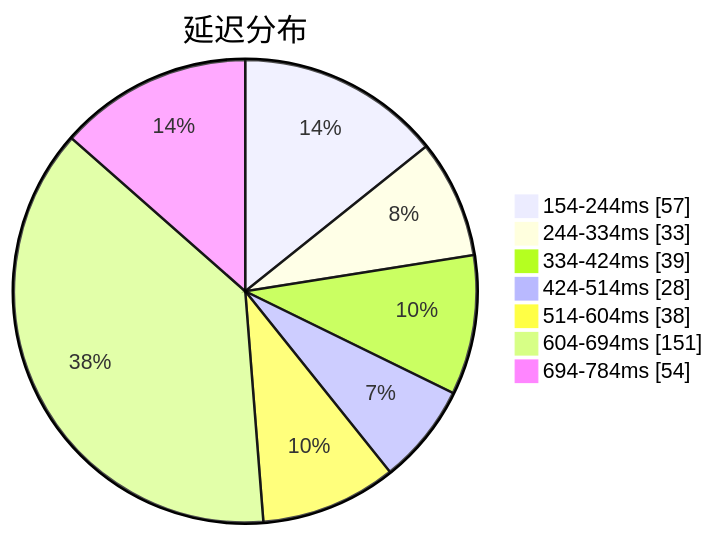
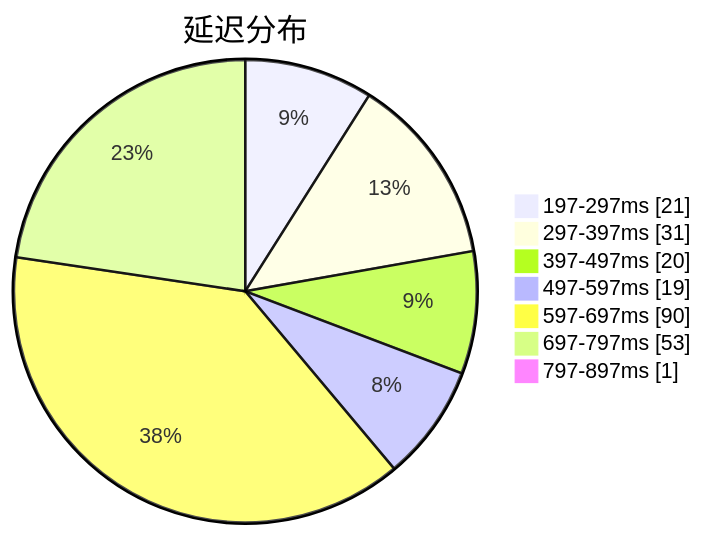
Before and after one commit to qjlxg/airport: the first of 3 diagrams in subs/statistics/tested_within.md, drawn with Mermaid. The commit also changed other lines of this file and 2 other files, not shown here.

Commit message:
Tested by metaST

````diff
--- a/subs/statistics/tested_within.md
+++ b/subs/statistics/tested_within.md
@@ -2,11 +2,11 @@
 ```mermaid
 pie showData
 title 延迟分布
-"154-244ms" : 57
-"244-334ms" : 33
-"334-424ms" : 39
-"424-514ms" : 28
-"514-604ms" : 38
-"604-694ms" : 151
-"694-784ms" : 54
+"197-297ms" : 21
+"297-397ms" : 31
+"397-497ms" : 20
+"497-597ms" : 19
+"597-697ms" : 90
+"697-797ms" : 53
+"797-897ms" : 1
 ```
````
